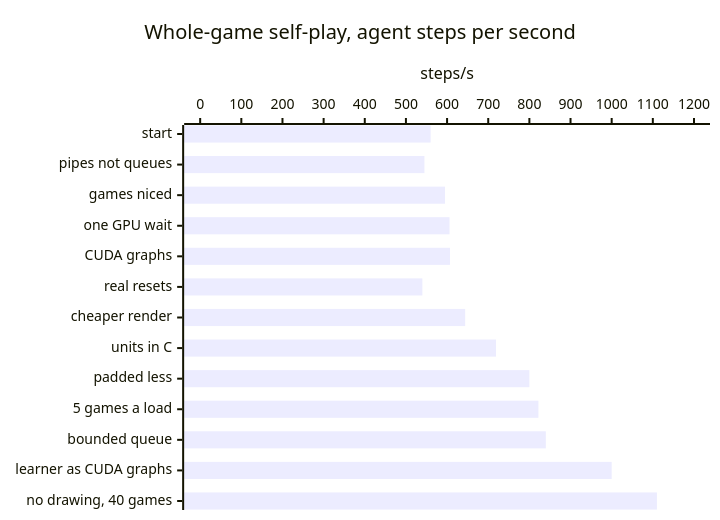
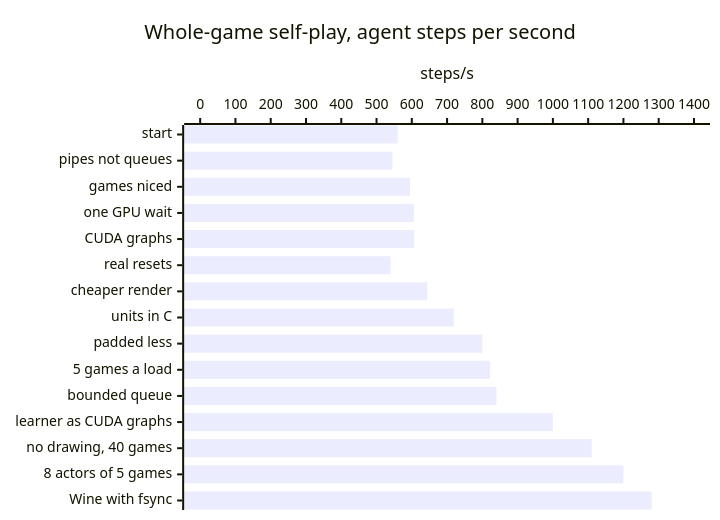
Before and after one commit to RobinKa/warcraftsim: the first of 2 diagrams in docs/optimizations.md, drawn with Mermaid. The commit also changed other lines of this file and 1 other file, not shown here.

Commit message:
docs: actors 8x5, inference on streams and through shared memory, fsync in the chart; what remains (inference next to the learner, the cloning loss, features in C)

````diff
--- a/docs/optimizations.md
+++ b/docs/optimizations.md
@@ -7,7 +7,7 @@
 ```mermaid
 xychart-beta horizontal
   title "Whole-game self-play, agent steps per second"
-  x-axis ["start", "pipes not queues", "games niced", "one GPU wait", "CUDA graphs", "real resets", "cheaper render", "units in C", "padded less", "5 games a load", "bounded queue", "learner as CUDA graphs", "no drawing, 40 games"]
-  y-axis "steps/s" 0 --> 1200
-  bar [560, 545, 595, 606, 607, 540, 644, 719, 800, 822, 840, 1000, 1110]
+  x-axis ["start", "pipes not queues", "games niced", "one GPU wait", "CUDA graphs", "real resets", "cheaper render", "units in C", "padded less", "5 games a load", "bounded queue", "learner as CUDA graphs", "no drawing, 40 games", "8 actors of 5 games", "Wine with fsync"]
+  y-axis "steps/s" 0 --> 1400
+  bar [560, 545, 595, 606, 607, 540, 644, 719, 800, 822, 840, 1000, 1110, 1200, 1280]
 ```
````
